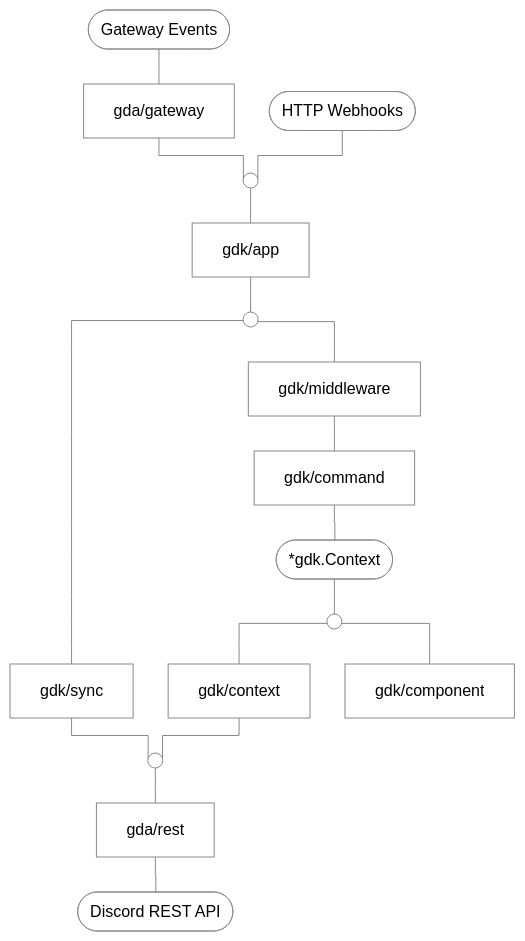
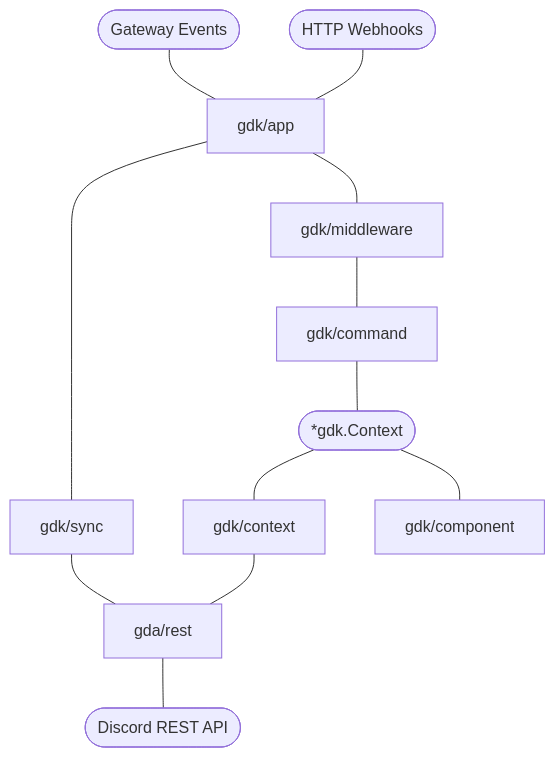
Before and after one commit to sfossl/gdk: the diagram in README.md, drawn with Mermaid. The commit also changed other lines of this file, not shown here.

Commit message:
update diagram

````diff
--- a/README.md
+++ b/README.md
@@ -26,50 +26,19 @@
 ```mermaid
-%%{init: {'flowchart': {'curve': 'stepAfter', 'nodeSpacing': 35, 'rankSpacing': 35}, 'themeVariables': {'lineColor': '#888'}}}%%
 flowchart TD
-    classDef default fill:transparent,stroke:#888,stroke-width:1px,color:inherit
-    classDef junction fill:transparent,stroke:#888,stroke-width:1px
+    Gateway(["Gateway Events"]) --- App["gdk/app"]
+    Webhook(["HTTP Webhooks"]) --- App
 
-    Gateway(["Gateway Events"])
-    Webhook(["HTTP Webhooks"])
-    GDAGateway["gda/gateway"]
+    App --- Sync["gdk/sync"]
+    App --- Middleware["gdk/middleware"]
 
-    App["gdk/app"]
+    Middleware --- Command["gdk/command"]
+    Command --- Context(["*gdk.Context"])
 
-    Sync["gdk/sync"]
-    Middleware["gdk/middleware"]
-    Command["gdk/command"]
-    Context(["*gdk.Context"])
+    Context --- ContextEngine["gdk/context"]
+    Context --- Component["gdk/component"]
 
-    ContextEngine["gdk/context"]
-    Component["gdk/component"]
+    Sync --- GDAREST["gda/rest"]
+    ContextEngine --- GDAREST
 
-    GDAREST["gda/rest"]
-    DiscordREST(["Discord REST API"])
-
-    J1(( )):::junction
-    J2(( )):::junction
-    J3(( )):::junction
-    J4(( )):::junction
-
-    Gateway --- GDAGateway
-    GDAGateway --- J1
-    Webhook --- J1
-    J1 --- App
-
-    App --- J2
-    J2 --- Sync
-    J2 --- Middleware
-
-    Middleware --- Command
-    Command --- Context
-
-    Context --- J3
-    J3 --- ContextEngine
-    J3 --- Component
-
-    Sync --- J4
-    ContextEngine --- J4
-    J4 --- GDAREST
-
-    GDAREST --- DiscordREST
+    GDAREST --- DiscordREST(["Discord REST API"])
 ```
````
